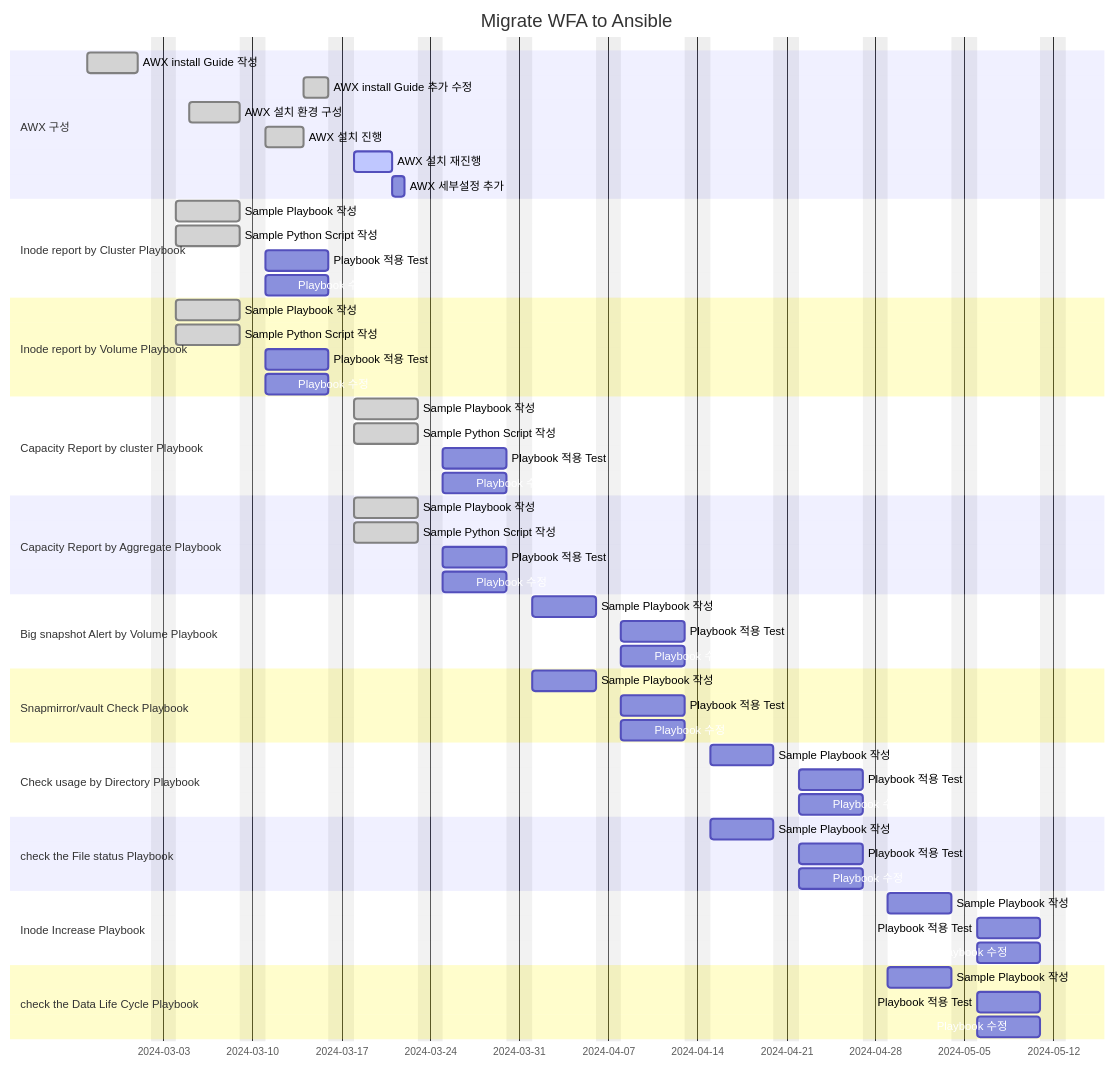
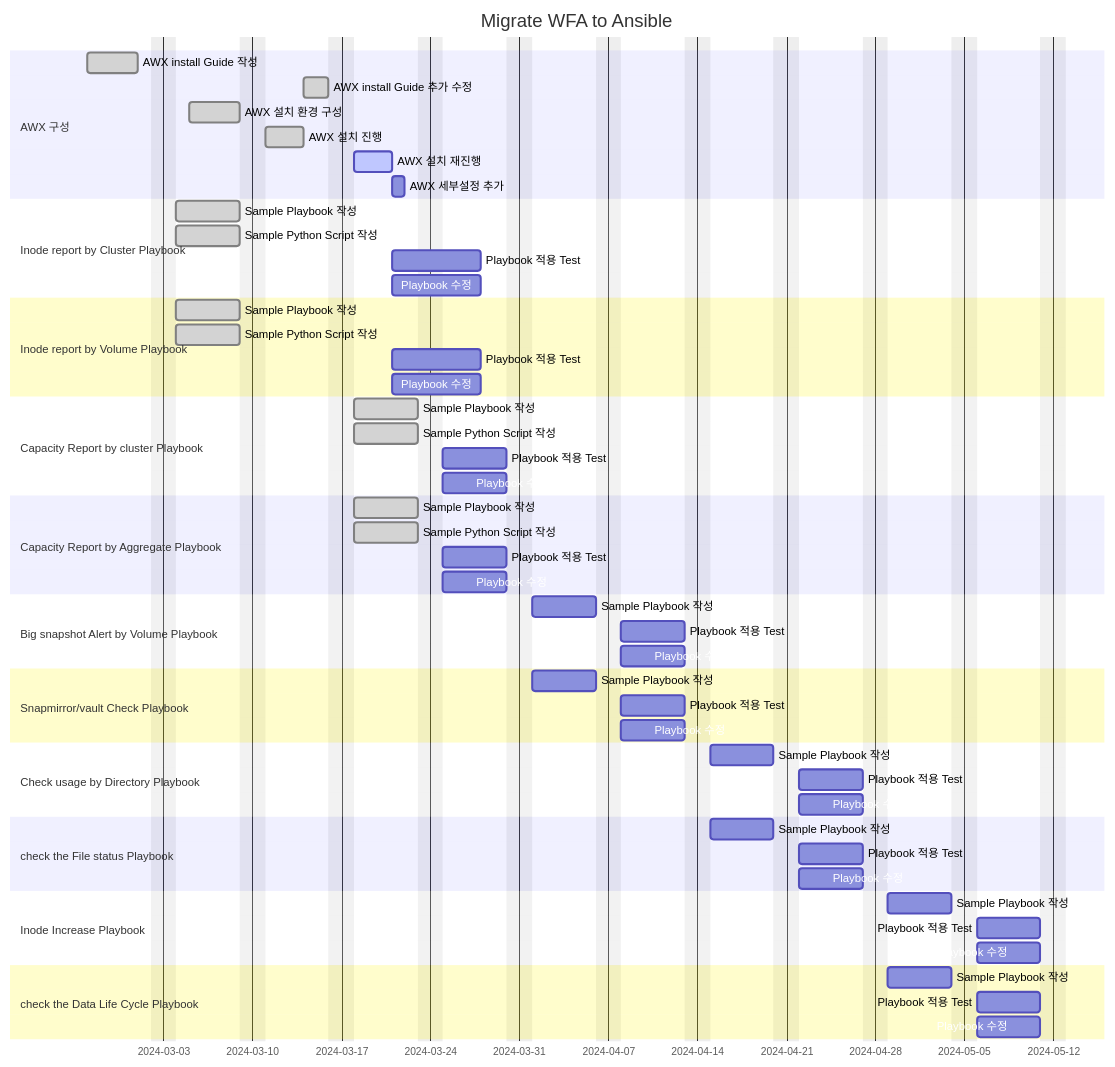
The diagram in SKHynix/Readme.md (netappkr/AnsiblePlaybook), drawn with Mermaid before and after one commit.

````diff
--- a/SKHynix/Readme.md
+++ b/SKHynix/Readme.md
@@ -62,68 +62,68 @@
 ```mermaid
 gantt
     title Migrate WFA to Ansible
     dateFormat  YYYY-MM-DD
     excludes    weekends
 
     section AWX 구성
     AWX install Guide 작성  : done, awx1, 2024-02-26, 4d
     AWX install Guide 추가 수정  : done, awx1-1, after awx3, 2d
     AWX 설치 환경 구성  : done, awx2, 2024-03-05, 4d
     AWX 설치 진행 : done, awx3, after awx2 , 3d
     AWX 설치 재진행 : active, awx3-1, after awx1-1 , 3d
     AWX 세부설정 추가 : awx4, after awx3-1, 1d
 
     section Inode report by Cluster Playbook
     Sample Playbook 작성 : done,p1-1, 2024-03-04, 5d
     Sample Python Script 작성 : done,p1-2, 2024-03-04, 5d
-    Playbook 적용 Test: p1-3, after p1-2,  5d
-    Playbook 수정 : p1-4, after p1-2 , 5d
+    Playbook 적용 Test: p1-3, after awx3-1,  5d
+    Playbook 수정 : p1-4, after awx3-1 , 5d
 
     section Inode report by Volume Playbook
     Sample Playbook 작성 : done, p2-1, 2024-03-04, 5d
     Sample Python Script 작성 : done, p2-2, 2024-03-04, 5d
-    Playbook 적용 Test: p2-3, after p2-2,  5d
-    Playbook 수정 : p2-4, after p2-2 , 5d
+    Playbook 적용 Test: p2-3, after awx3-1,  5d
+    Playbook 수정 : p2-4, after awx3-1 , 5d
 
     section Capacity Report by cluster Playbook
     Sample Playbook 작성 : done, p3-1, 2024-03-18, 5d
     Sample Python Script 작성 : done, p3-2, 2024-03-18, 5d
     Playbook 적용 Test: p3-3, after p3-1,  5d
     Playbook 수정 : p3-4, after p3-1 , 5d
 
     section Capacity Report by Aggregate Playbook
     Sample Playbook 작성 : done, p4-1, 2024-03-18, 5d
     Sample Python Script 작성 : done, p4-2, 2024-03-18, 5d
     Playbook 적용 Test: p4-3, after p4-1,  5d
     Playbook 수정 : p4-3, after p4-1 , 5d
 
     section Big snapshot Alert by Volume Playbook
     Sample Playbook 작성 : p5-1, 2024-04-01, 5d
     Playbook 적용 Test: p5-2, after p5-1,  5d
     Playbook 수정 : p5-3, after p5-1 , 5d
 
     section Snapmirror/vault Check Playbook
     Sample Playbook 작성 : p6-1, 2024-04-01, 5d
     Playbook 적용 Test: p6-2, after p6-1,  5d
     Playbook 수정 : p6-3, after p6-1 , 5d
 
     section Check usage by Directory Playbook
     Sample Playbook 작성 : p7-1, 2024-04-15, 5d
     Playbook 적용 Test: p7-2, after p7-1,  5d
     Playbook 수정 : p7-3, after p7-1 , 5d
 
     section check the File status Playbook
     Sample Playbook 작성 : p8-1, 2024-04-15, 5d
     Playbook 적용 Test: p8-2, after p8-1,  5d
     Playbook 수정 : p8-3, after p8-1 , 5d
 
     section Inode Increase Playbook
     Sample Playbook 작성 : p9-1, 2024-04-29, 5d
     Playbook 적용 Test: p9-2, after p9-1,  5d
     Playbook 수정 : p9-3, after p9-1 , 5d
 
     section check the Data Life Cycle Playbook
     Sample Playbook 작성 : p10-1, 2024-04-29, 5d
     Playbook 적용 Test: p10-2, after p10-1,  5d
     Playbook 수정 : p10-3, after p10-1 , 5d
 ```
````
